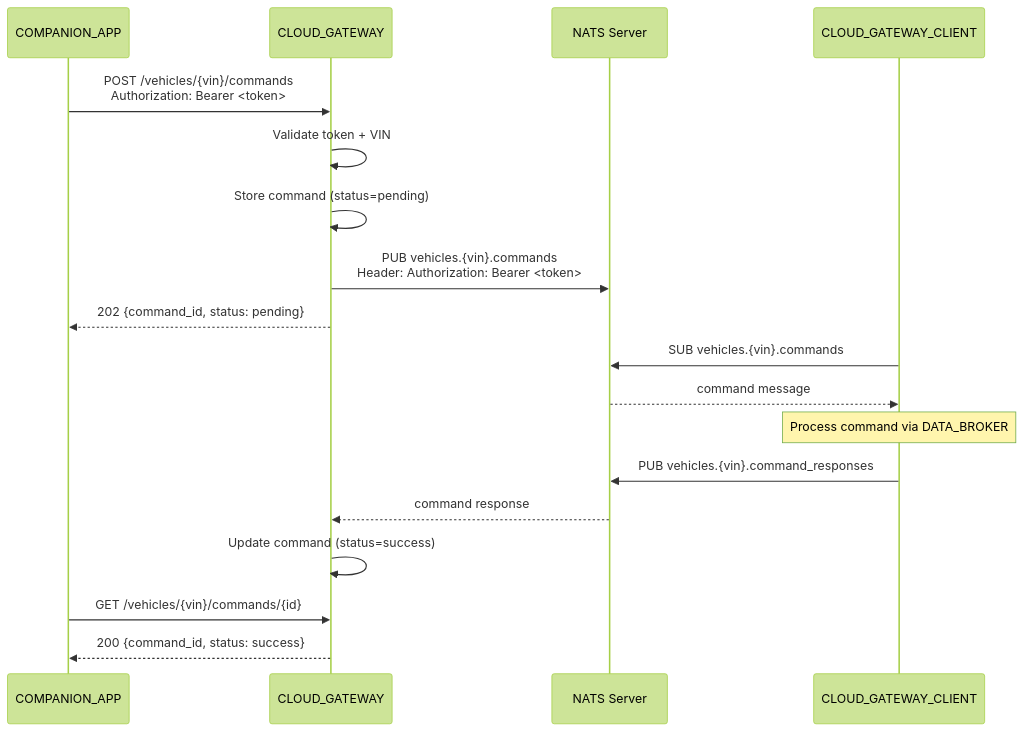
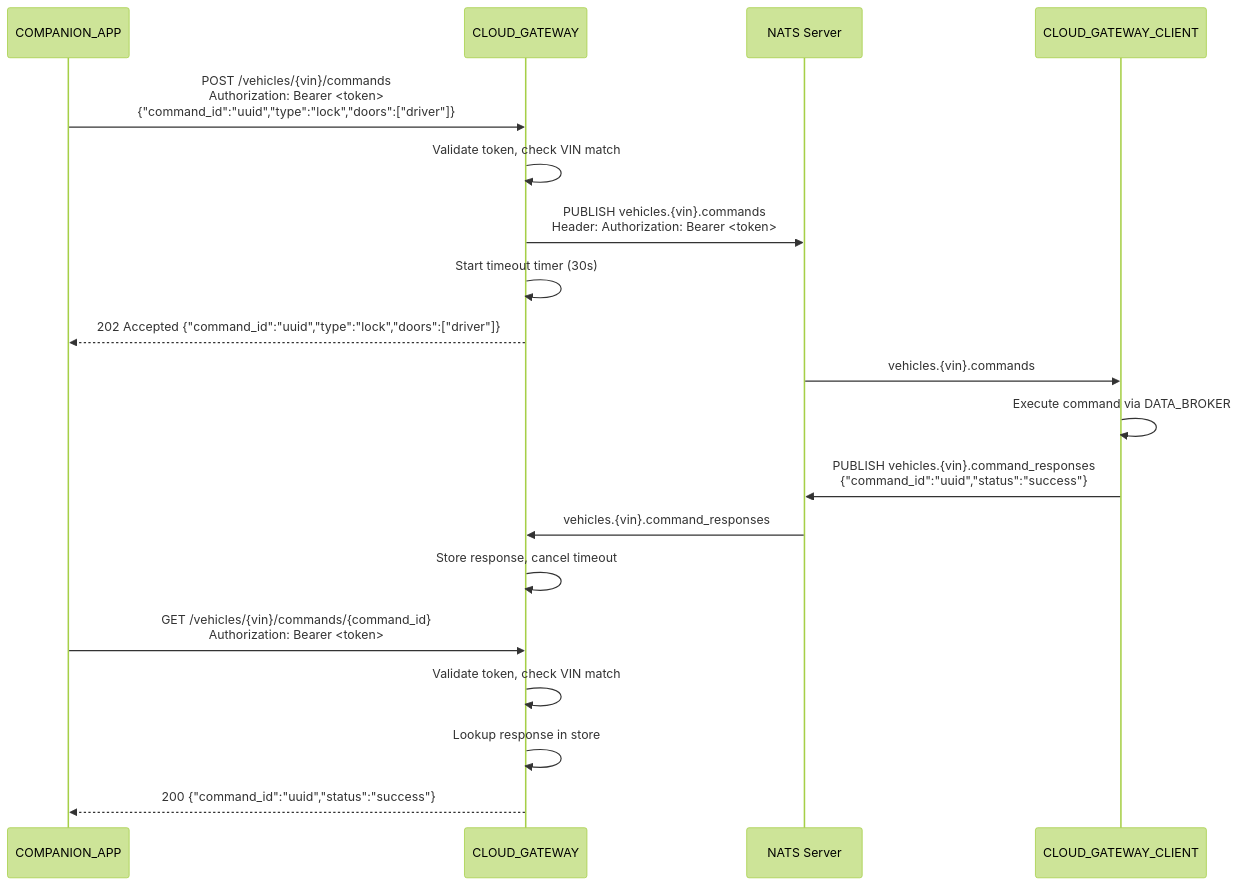
Before and after one commit to rhadp/parking-fee-service: the second of 2 diagrams in .specs/06_cloud_gateway/design.md, drawn with Mermaid (forest theme). The commit also changed other lines of this file and 35 other files, not shown here.

````diff
--- a/.specs/06_cloud_gateway/design.md
+++ b/.specs/06_cloud_gateway/design.md
@@ -38,24 +34,24 @@
 ```mermaid
 sequenceDiagram
     participant CA as COMPANION_APP
     participant CG as CLOUD_GATEWAY
     participant NATS as NATS Server
     participant CGC as CLOUD_GATEWAY_CLIENT
 
-    CA->>CG: POST /vehicles/{vin}/commands<br/>Authorization: Bearer <token>
-    CG->>CG: Validate token + VIN
-    CG->>CG: Store command (status=pending)
-    CG->>NATS: PUB vehicles.{vin}.commands<br/>Header: Authorization: Bearer <token>
-    CG-->>CA: 202 {command_id, status: pending}
+    CA->>CG: POST /vehicles/{vin}/commands<br/>Authorization: Bearer <token><br/>{"command_id":"uuid","type":"lock","doors":["driver"]}
+    CG->>CG: Validate token, check VIN match
+    CG->>NATS: PUBLISH vehicles.{vin}.commands<br/>Header: Authorization: Bearer <token>
+    CG->>CG: Start timeout timer (30s)
+    CG-->>CA: 202 Accepted {"command_id":"uuid","type":"lock","doors":["driver"]}
 
-    CGC->>NATS: SUB vehicles.{vin}.commands
-    NATS-->>CGC: command message
-    Note over CGC: Process command via DATA_BROKER
+    NATS->>CGC: vehicles.{vin}.commands
+    CGC->>CGC: Execute command via DATA_BROKER
+    CGC->>NATS: PUBLISH vehicles.{vin}.command_responses<br/>{"command_id":"uuid","status":"success"}
+    NATS->>CG: vehicles.{vin}.command_responses
+    CG->>CG: Store response, cancel timeout
 
-    CGC->>NATS: PUB vehicles.{vin}.command_responses
-    NATS-->>CG: command response
-    CG->>CG: Update command (status=success)
-
-    CA->>CG: GET /vehicles/{vin}/commands/{id}
-    CG-->>CA: 200 {command_id, status: success}
+    CA->>CG: GET /vehicles/{vin}/commands/{command_id}<br/>Authorization: Bearer <token>
+    CG->>CG: Validate token, check VIN match
+    CG->>CG: Lookup response in store
+    CG-->>CA: 200 {"command_id":"uuid","status":"success"}
 ```
````
